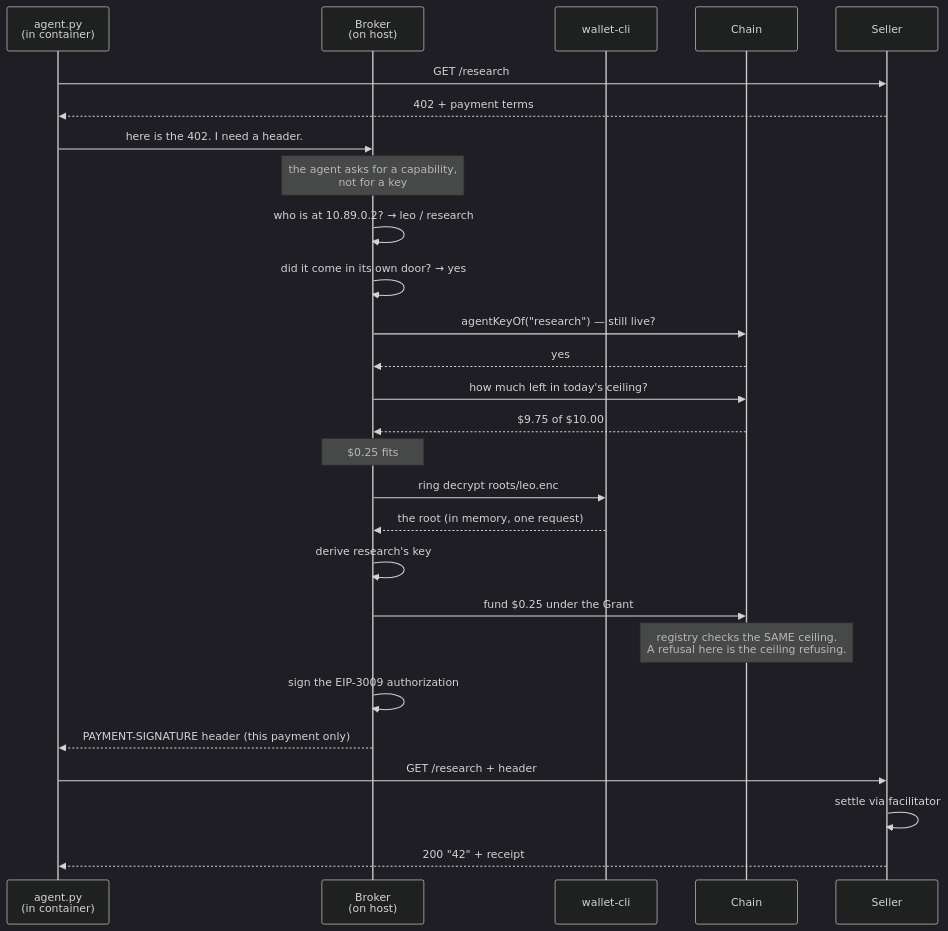
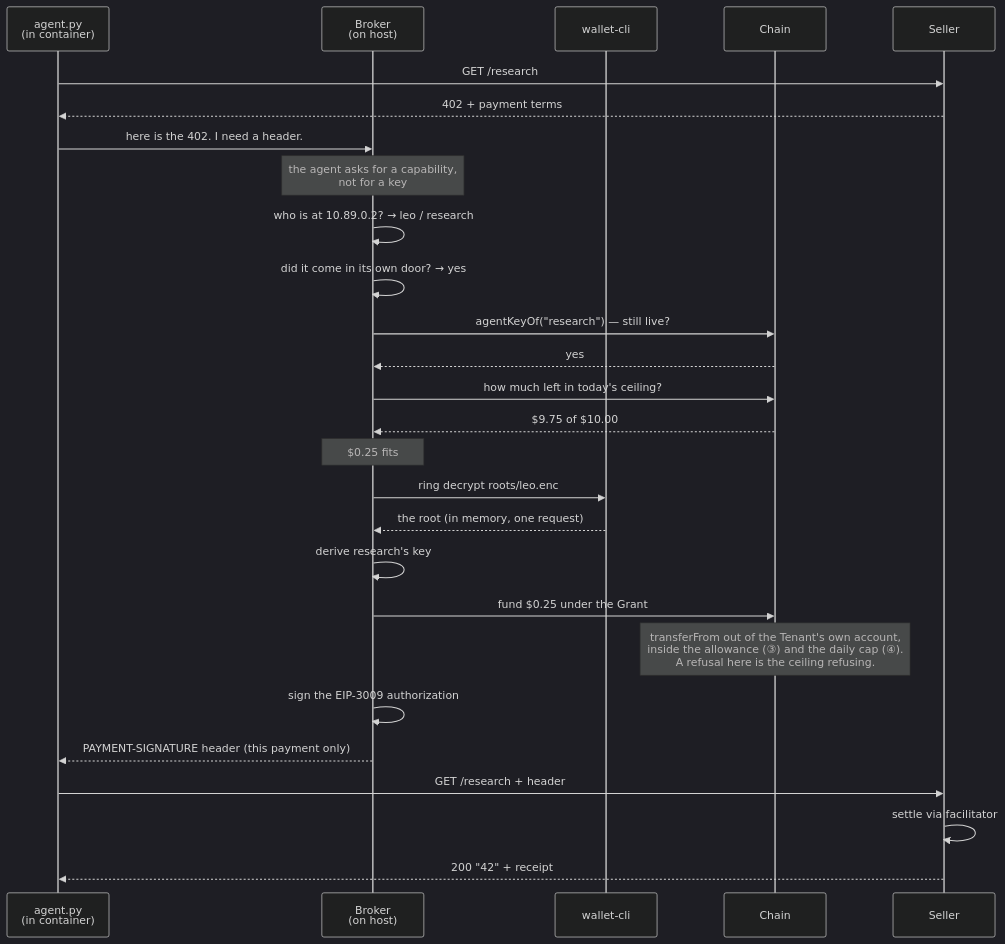
Before and after one commit to LeoFranklin015/Harness: the second of 3 diagrams in ARCHITECTURE.md, drawn with Mermaid (dark theme). The commit also changed other lines of this file and 8 other files, not shown here.

````diff
--- a/ARCHITECTURE.md
+++ b/ARCHITECTURE.md
@@ -180,33 +211,33 @@
 ```mermaid
 sequenceDiagram
     participant A as agent.py<br/>(in container)
     participant K as Broker<br/>(on host)
     participant W as wallet-cli
     participant C as Chain
     participant S as Seller
 
     A->>S: GET /research
     S-->>A: 402 + payment terms
     A->>K: here is the 402. I need a header.
     Note over K: the agent asks for a capability,<br/>not for a key
 
     K->>K: who is at 10.89.0.2? → leo / research
     K->>K: did it come in its own door? → yes
     K->>C: agentKeyOf("research") — still live?
     C-->>K: yes
     K->>C: how much left in today's ceiling?
     C-->>K: $9.75 of $10.00
     Note over K: $0.25 fits
 
     K->>W: ring decrypt roots/leo.enc
     W-->>K: the root (in memory, one request)
     K->>K: derive research's key
     K->>C: fund $0.25 under the Grant
-    Note over C: registry checks the SAME ceiling.<br/>A refusal here is the ceiling refusing.
+    Note over C: transferFrom out of the Tenant's own account,<br/>inside the allowance (③) and the daily cap (④).<br/>A refusal here is the ceiling refusing.
     K->>K: sign the EIP-3009 authorization
     K-->>A: PAYMENT-SIGNATURE header (this payment only)
 
     A->>S: GET /research + header
     S->>S: settle via facilitator
     S-->>A: 200 "42" + receipt
 ```
````
